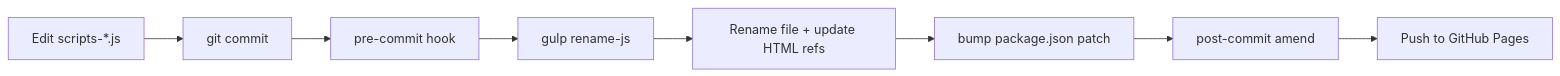
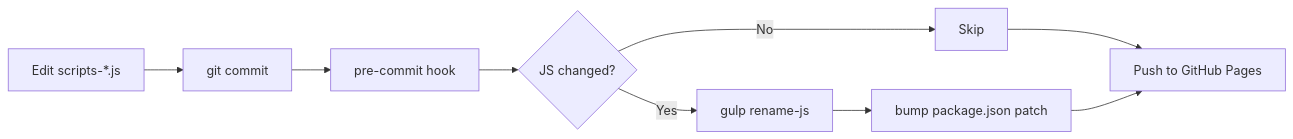
One commit to traleemasjidkicc/traleemasjidkicc.github.io changed the third of 3 diagrams in README.md. Above: the diagram before and after it, drawn with Mermaid. The commit also changed other lines of this file and 6 other files, not shown here.

````diff
--- a/README.md
+++ b/README.md
@@ -115,10 +115,11 @@
 ```mermaid
 flowchart LR
     A[Edit scripts-*.js] --> B[git commit]
     B --> C[pre-commit hook]
-    C --> D[gulp rename-js]
-    D --> E[Rename file + update HTML refs]
-    E --> F[bump package.json patch]
-    F --> G[post-commit amend]
-    G --> H[Push to GitHub Pages]
+    C --> D{JS changed?}
+    D -->|Yes| E[gulp rename-js]
+    D -->|No| F[Skip]
+    E --> G[bump package.json patch]
+    F --> H[Push to GitHub Pages]
+    G --> H
 ```
````
